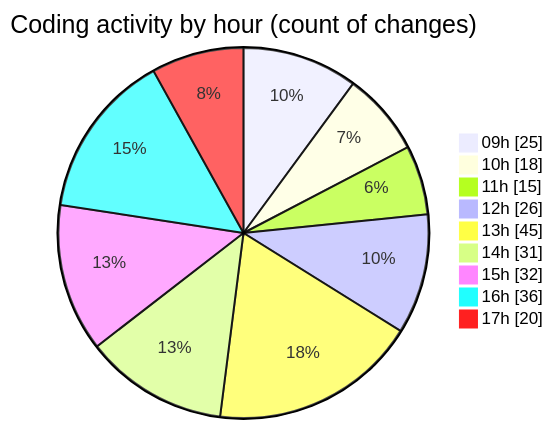
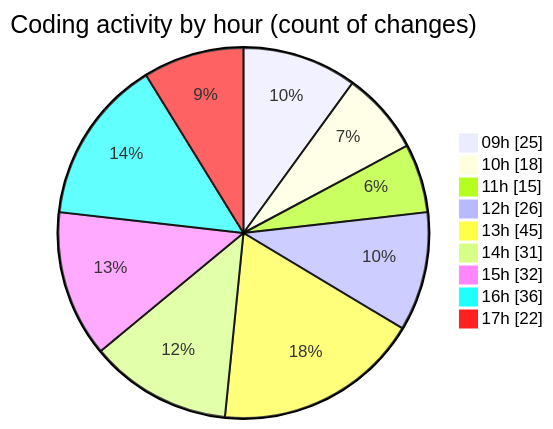
Before and after one commit to momahboobian/code-tracking: the second of 2 diagrams in 2025-03-13/cda/README.md, drawn with Mermaid. The commit also changed other lines of this file and 1 other file, not shown here.

````diff
--- a/2025-03-13/cda/README.md
+++ b/2025-03-13/cda/README.md
@@ -44,13 +44,13 @@
 ```mermaid
 pie showData
 title Coding activity by hour (count of changes)
 "09h" : 25
 "10h" : 18
 "11h" : 15
 "12h" : 26
 "13h" : 45
 "14h" : 31
 "15h" : 32
 "16h" : 36
-"17h" : 20
+"17h" : 22
 ```
````
